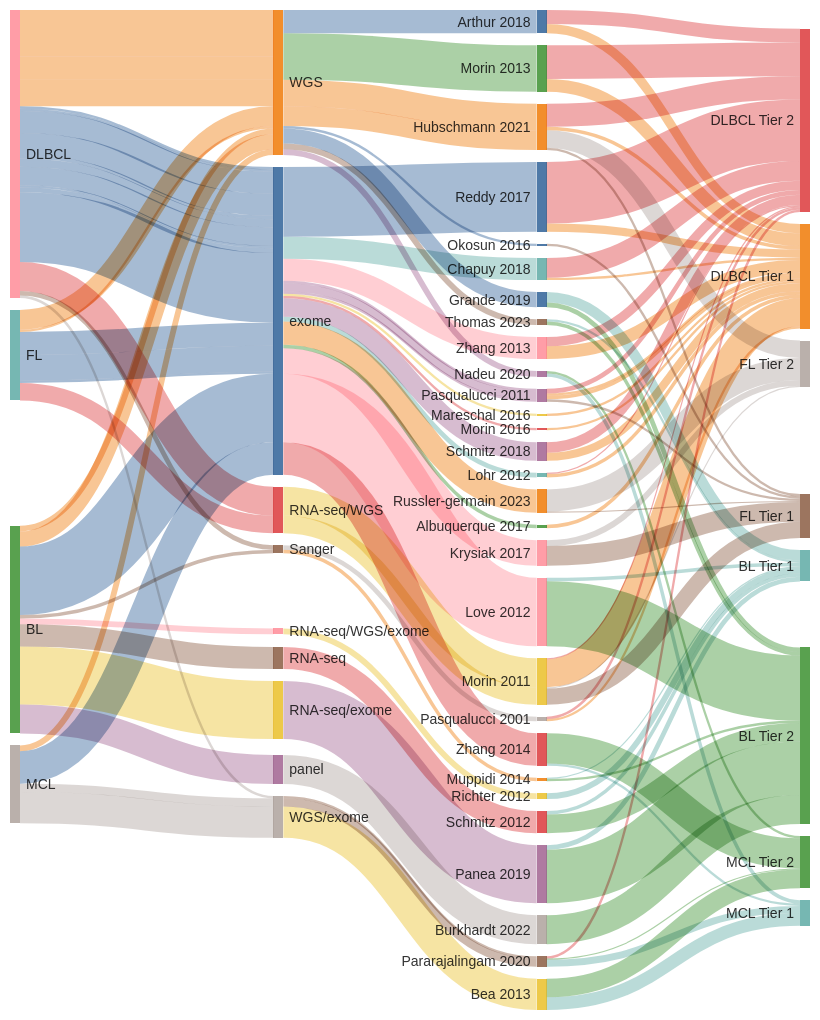
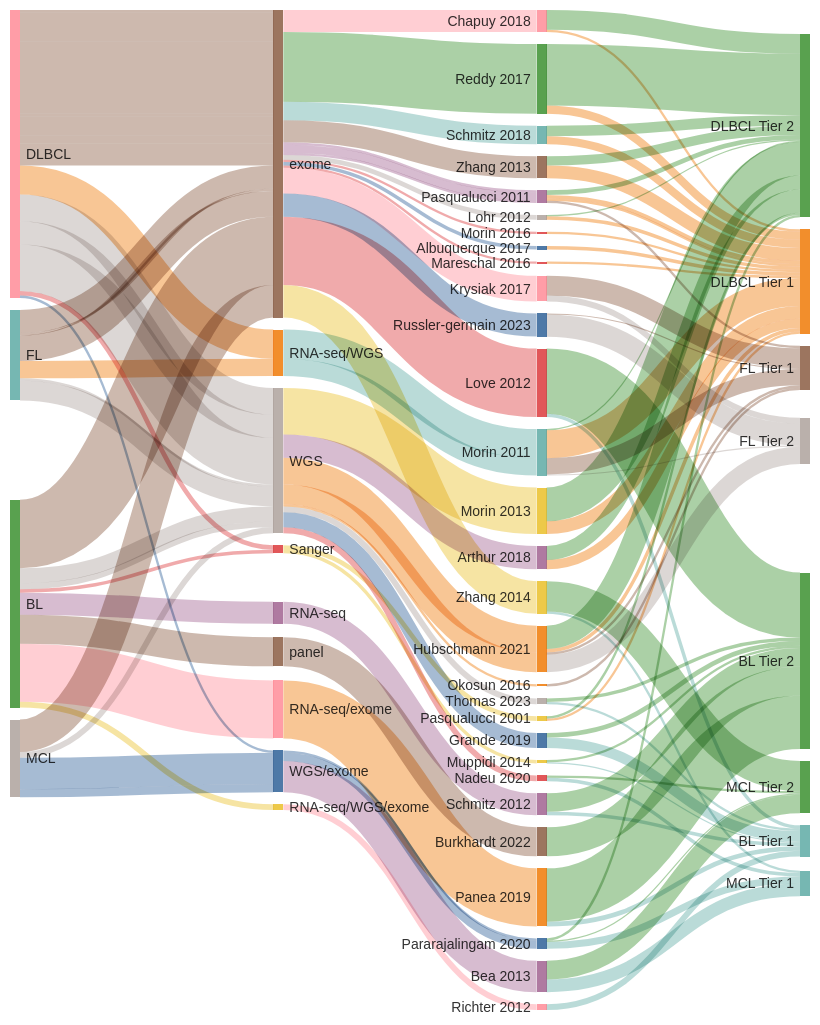
The diagram in all_sankey.md (morinlab/lymphopedia), drawn with Mermaid before and after one commit. The commit also changed other lines of this file and 4 other files, not shown here.

````diff
--- a/all_sankey.md
+++ b/all_sankey.md
@@ -9,131 +9,131 @@
     nodeAlignment: right
 ---
 sankey-beta
+Albuquerque 2017, DLBCL Tier 1, 3
+Morin 2016, DLBCL Tier 1, 2
+Schmitz 2018, DLBCL Tier 1, 7
+Schmitz 2018, DLBCL Tier 2, 9
+Pasqualucci 2001, DLBCL Tier 1, 2
+Pasqualucci 2001, DLBCL Tier 2, 2
+Pasqualucci 2011, DLBCL Tier 1, 3
+Pasqualucci 2011, DLBCL Tier 2, 4
+Chapuy 2018, DLBCL Tier 1, 2
+Chapuy 2018, DLBCL Tier 2, 17
+Zhang 2013, DLBCL Tier 1, 11
+Zhang 2013, DLBCL Tier 2, 8
+Pasqualucci 2011, DLBCL Tier 1, 2
+Lohr 2012, DLBCL Tier 1, 3
+Lohr 2012, DLBCL Tier 2, 1
+Pararajalingam 2020, DLBCL Tier 2, 2
+Hubschmann 2021, DLBCL Tier 1, 3
+Hubschmann 2021, DLBCL Tier 2, 20
+Mareschal 2016, DLBCL Tier 1, 2
+Morin 2011, DLBCL Tier 1, 24
+Morin 2011, DLBCL Tier 2, 1
+Reddy 2017, DLBCL Tier 1, 7
+Reddy 2017, DLBCL Tier 2, 53
+Morin 2013, DLBCL Tier 1, 11
+Morin 2013, DLBCL Tier 2, 29
 Arthur 2018, DLBCL Tier 1, 8
 Arthur 2018, DLBCL Tier 2, 12
-Chapuy 2018, DLBCL Tier 1, 2
-Chapuy 2018, DLBCL Tier 2, 17
-Morin 2013, DLBCL Tier 1, 11
-Morin 2013, DLBCL Tier 2, 29
-Mareschal 2016, DLBCL Tier 1, 2
-Pasqualucci 2011, DLBCL Tier 1, 2
-Zhang 2013, DLBCL Tier 1, 11
-Zhang 2013, DLBCL Tier 2, 8
-Pararajalingam 2020, DLBCL Tier 2, 2
-Pasqualucci 2001, DLBCL Tier 1, 2
-Pasqualucci 2001, DLBCL Tier 2, 2
-Reddy 2017, DLBCL Tier 1, 7
-Reddy 2017, DLBCL Tier 2, 53
-Hubschmann 2021, DLBCL Tier 1, 3
-Hubschmann 2021, DLBCL Tier 2, 20
-Morin 2016, DLBCL Tier 1, 2
-Lohr 2012, DLBCL Tier 1, 3
-Lohr 2012, DLBCL Tier 2, 1
-Albuquerque 2017, DLBCL Tier 1, 3
-Morin 2011, DLBCL Tier 1, 24
-Morin 2011, DLBCL Tier 2, 1
-Schmitz 2018, DLBCL Tier 1, 7
-Schmitz 2018, DLBCL Tier 2, 9
-Pasqualucci 2011, DLBCL Tier 1, 3
-Pasqualucci 2011, DLBCL Tier 2, 4
 Krysiak 2017, FL Tier 1, 17
 Krysiak 2017, FL Tier 2, 5
-Okosun 2016, FL Tier 1, 2
-Pasqualucci 2011, FL Tier 1, 2
 Morin 2011, FL Tier 1, 14
 Morin 2011, FL Tier 2, 1
+Hubschmann 2021, FL Tier 1, 2
+Hubschmann 2021, FL Tier 2, 15
+Pasqualucci 2011, FL Tier 1, 2
 Russler-germain 2023, FL Tier 1, 1
 Russler-germain 2023, FL Tier 2, 19
-Hubschmann 2021, FL Tier 1, 2
-Hubschmann 2021, FL Tier 2, 15
+Okosun 2016, FL Tier 1, 2
+Love 2012, BL Tier 1, 3
+Love 2012, BL Tier 2, 56
+Muppidi 2014, BL Tier 1, 1
+Muppidi 2014, BL Tier 2, 2
 Schmitz 2012, BL Tier 1, 3
 Schmitz 2012, BL Tier 2, 16
 Richter 2012, BL Tier 1, 5
+Burkhardt 2022, BL Tier 2, 25
+Thomas 2023, BL Tier 1, 2
+Thomas 2023, BL Tier 2, 3
+Grande 2019, BL Tier 1, 9
+Grande 2019, BL Tier 2, 4
 Panea 2019, BL Tier 1, 4
 Panea 2019, BL Tier 2, 46
-Love 2012, BL Tier 1, 3
-Love 2012, BL Tier 2, 56
-Thomas 2023, BL Tier 1, 2
-Thomas 2023, BL Tier 2, 3
-Burkhardt 2022, BL Tier 2, 25
-Grande 2019, BL Tier 1, 9
-Grande 2019, BL Tier 2, 4
-Muppidi 2014, BL Tier 1, 1
-Muppidi 2014, BL Tier 2, 2
+Nadeu 2020, MCL Tier 1, 3
+Nadeu 2020, MCL Tier 2, 2
 Zhang 2014, MCL Tier 1, 2
 Zhang 2014, MCL Tier 2, 26
+Pararajalingam 2020, MCL Tier 1, 6
+Pararajalingam 2020, MCL Tier 2, 1
 Bea 2013, MCL Tier 1, 11
 Bea 2013, MCL Tier 2, 16
-Pararajalingam 2020, MCL Tier 1, 6
-Pararajalingam 2020, MCL Tier 2, 1
-Nadeu 2020, MCL Tier 1, 3
-Nadeu 2020, MCL Tier 2, 2
+DLBCL, exome, 2
+exome, Mareschal 2016, 2
+DLBCL, WGS, 23
+WGS, Hubschmann 2021, 23
+DLBCL, WGS/exome, 2
+WGS/exome, Pararajalingam 2020, 2
+DLBCL, exome, 4
+exome, Lohr 2012, 4
+DLBCL, exome, 19
+exome, Zhang 2013, 19
+DLBCL, exome, 2
+exome, Pasqualucci 2011, 2
+DLBCL, RNA-seq/WGS, 25
+RNA-seq/WGS, Morin 2011, 25
+DLBCL, exome, 60
+exome, Reddy 2017, 60
+DLBCL, WGS, 20
+WGS, Arthur 2018, 20
+DLBCL, WGS, 40
+WGS, Morin 2013, 40
+DLBCL, exome, 2
+exome, Morin 2016, 2
+DLBCL, exome, 3
+exome, Albuquerque 2017, 3
+DLBCL, exome, 16
+exome, Schmitz 2018, 16
 DLBCL, Sanger, 4
 Sanger, Pasqualucci 2001, 4
-DLBCL, WGS/exome, 2
-WGS/exome, Pararajalingam 2020, 2
-DLBCL, exome, 2
-exome, Mareschal 2016, 2
-DLBCL, exome, 2
-exome, Pasqualucci 2011, 2
-DLBCL, WGS, 40
-WGS, Morin 2013, 40
+DLBCL, exome, 7
+exome, Pasqualucci 2011, 7
 DLBCL, exome, 19
 exome, Chapuy 2018, 19
-DLBCL, exome, 19
-exome, Zhang 2013, 19
-DLBCL, WGS, 20
-WGS, Arthur 2018, 20
-DLBCL, RNA-seq/WGS, 25
-RNA-seq/WGS, Morin 2011, 25
-DLBCL, exome, 3
-exome, Albuquerque 2017, 3
-DLBCL, exome, 7
-exome, Pasqualucci 2011, 7
-DLBCL, exome, 16
-exome, Schmitz 2018, 16
-DLBCL, exome, 2
-exome, Morin 2016, 2
-DLBCL, exome, 4
-exome, Lohr 2012, 4
-DLBCL, WGS, 23
-WGS, Hubschmann 2021, 23
-DLBCL, exome, 60
-exome, Reddy 2017, 60
+FL, WGS, 2
+WGS, Okosun 2016, 2
+FL, exome, 20
+exome, Russler-germain 2023, 20
+FL, exome, 2
+exome, Pasqualucci 2011, 2
+FL, WGS, 17
+WGS, Hubschmann 2021, 17
 FL, RNA-seq/WGS, 15
 RNA-seq/WGS, Morin 2011, 15
-FL, exome, 20
-exome, Russler-germain 2023, 20
-FL, WGS, 17
-WGS, Hubschmann 2021, 17
-FL, WGS, 2
-WGS, Okosun 2016, 2
 FL, exome, 22
 exome, Krysiak 2017, 22
-FL, exome, 2
-exome, Pasqualucci 2011, 2
+BL, exome, 59
+exome, Love 2012, 59
+BL, RNA-seq/WGS/exome, 5
+RNA-seq/WGS/exome, Richter 2012, 5
+BL, Sanger, 3
+Sanger, Muppidi 2014, 3
+BL, RNA-seq, 19
+RNA-seq, Schmitz 2012, 19
+BL, WGS, 13
+WGS, Grande 2019, 13
+BL, RNA-seq/exome, 50
+RNA-seq/exome, Panea 2019, 50
+BL, panel, 25
+panel, Burkhardt 2022, 25
 BL, WGS, 5
 WGS, Thomas 2023, 5
-BL, RNA-seq/exome, 50
-RNA-seq/exome, Panea 2019, 50
-BL, exome, 59
-exome, Love 2012, 59
-BL, panel, 25
-panel, Burkhardt 2022, 25
-BL, WGS, 13
-WGS, Grande 2019, 13
-BL, Sanger, 3
-Sanger, Muppidi 2014, 3
-BL, RNA-seq/WGS/exome, 5
-RNA-seq/WGS/exome, Richter 2012, 5
-BL, RNA-seq, 19
-RNA-seq, Schmitz 2012, 19
+MCL, WGS/exome, 27
+WGS/exome, Bea 2013, 27
+MCL, WGS, 5
+WGS, Nadeu 2020, 5
+MCL, exome, 28
+exome, Zhang 2014, 28
 MCL, WGS/exome, 7
 WGS/exome, Pararajalingam 2020, 7
-MCL, WGS, 5
-WGS, Nadeu 2020, 5
-MCL, WGS/exome, 27
-WGS/exome, Bea 2013, 27
-MCL, exome, 28
-exome, Zhang 2014, 28
 ```
````
